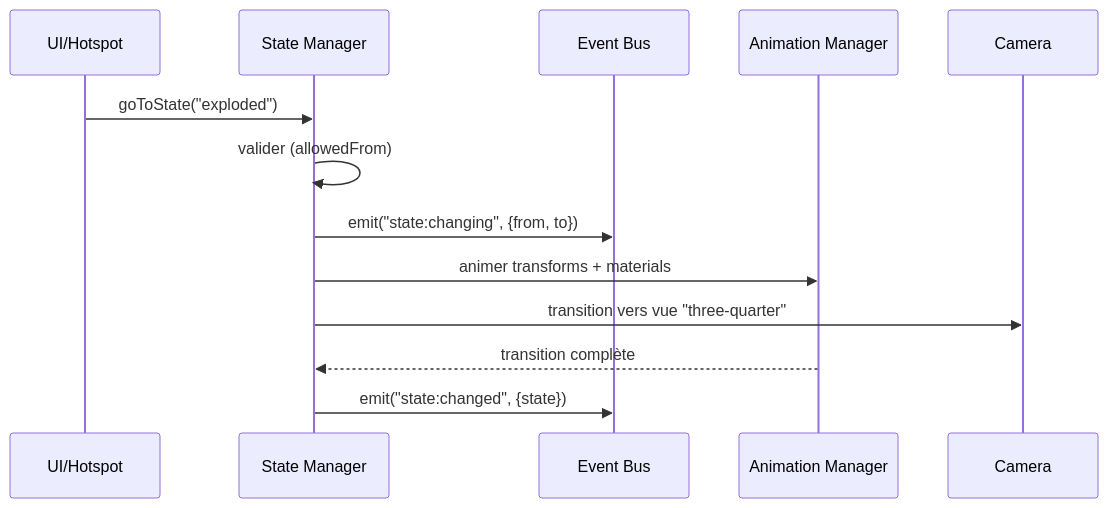
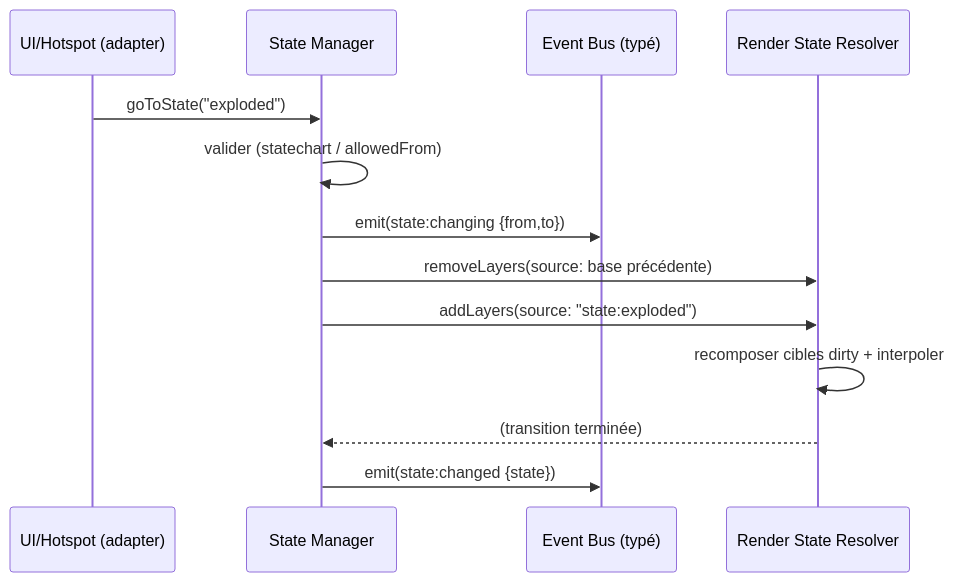
Before and after one commit to GabMDA/explorer-engine: the second of 2 diagrams in docs/09-etats.md, drawn with Mermaid. The commit also changed other lines of this file and 3 other files, not shown here.

First line of the commit message:
docs: add declarative render state resolver

````diff
--- a/docs/09-etats.md
+++ b/docs/09-etats.md
@@ -132,15 +112,15 @@
 ```mermaid
 sequenceDiagram
-    participant UI as UI/Hotspot
+    participant UI as UI/Hotspot (adapter)
     participant SM as State Manager
-    participant BUS as Event Bus
-    participant AM as Animation Manager
-    participant CAM as Camera
+    participant BUS as Event Bus (typé)
+    participant RSR as Render State Resolver
     UI->>SM: goToState("exploded")
-    SM->>SM: valider (allowedFrom)
-    SM->>BUS: emit("state:changing", {from, to})
-    SM->>AM: animer transforms + materials
-    SM->>CAM: transition vers vue "three-quarter"
-    AM-->>SM: transition complète
-    SM->>BUS: emit("state:changed", {state})
+    SM->>SM: valider (statechart / allowedFrom)
+    SM->>BUS: emit(state:changing {from,to})
+    SM->>RSR: removeLayers(source: base précédente)
+    SM->>RSR: addLayers(source: "state:exploded")
+    RSR->>RSR: recomposer cibles dirty + interpoler
+    RSR-->>SM: (transition terminée)
+    SM->>BUS: emit(state:changed {state})
 ```
````
